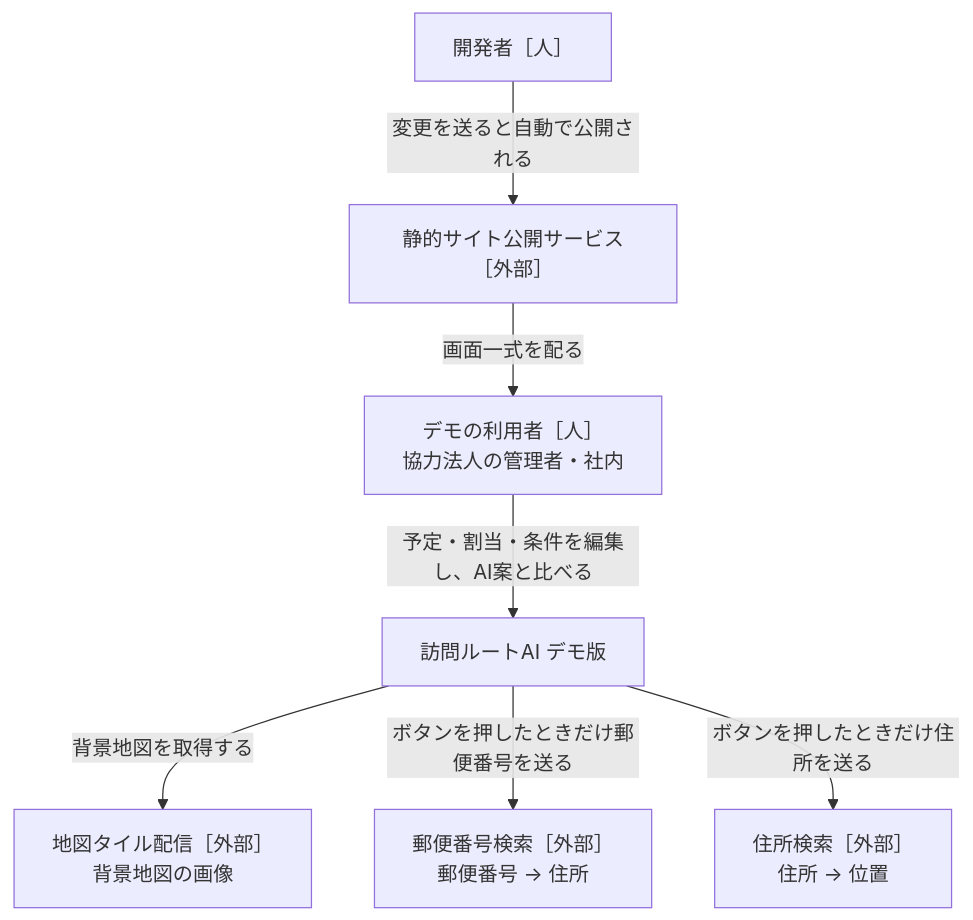
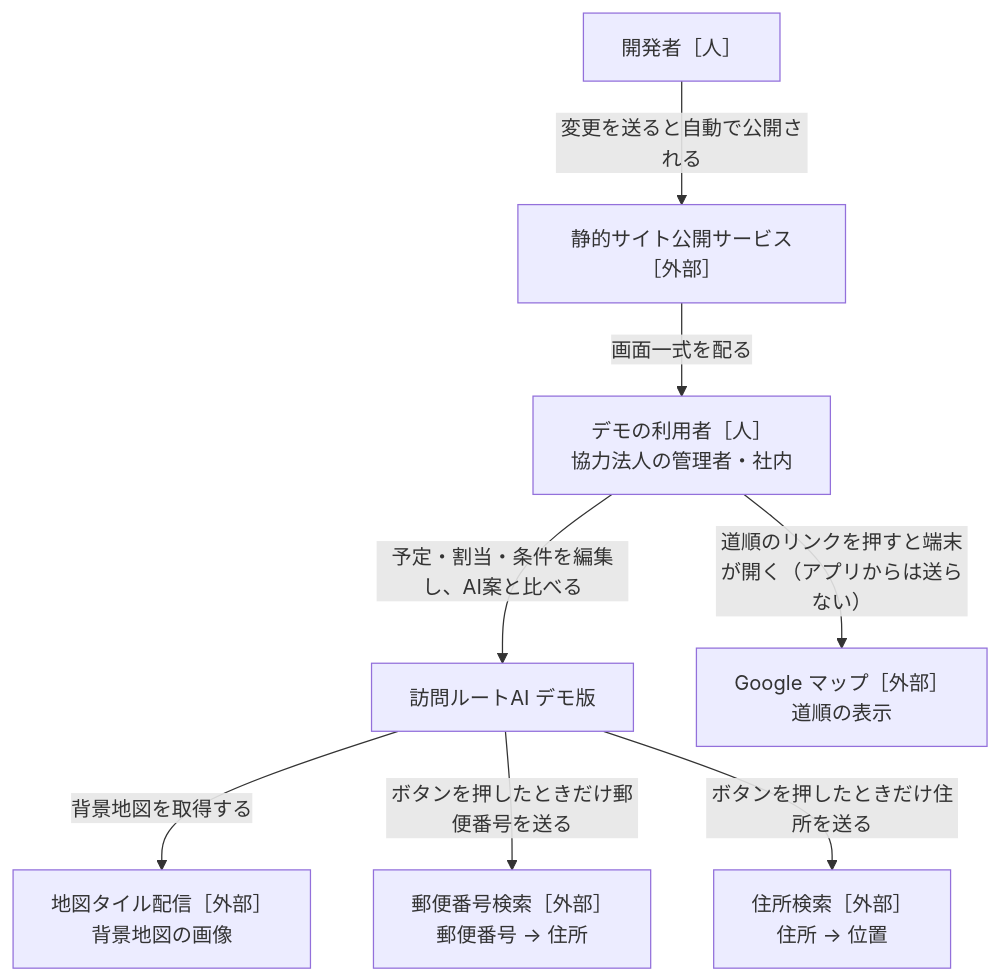
One commit to katahimo-dev/visit-route-demo changed the first of 3 diagrams in docs/design.md. Above: the diagram before and after it, drawn with Mermaid. The commit also changed other lines of this file and 11 other files, not shown here.

````diff
--- a/docs/design.md
+++ b/docs/design.md
@@ -33,16 +33,18 @@
 ```mermaid
 flowchart TB
   user["デモの利用者［人］<br/>協力法人の管理者・社内"]
   dev["開発者［人］"]
   sys["訪問ルートAI デモ版"]
   tiles["地図タイル配信［外部］<br/>背景地図の画像"]
   host["静的サイト公開サービス［外部］"]
   zip["郵便番号検索［外部］<br/>郵便番号 → 住所"]
   geo["住所検索［外部］<br/>住所 → 位置"]
+  gmaps["Google マップ［外部］<br/>道順の表示"]
   user -->|予定・割当・条件を編集し、AI案と比べる| sys
   sys -->|背景地図を取得する| tiles
   sys -->|ボタンを押したときだけ郵便番号を送る| zip
   sys -->|ボタンを押したときだけ住所を送る| geo
+  user -->|道順のリンクを押すと端末が開く（アプリからは送らない）| gmaps
   dev -->|変更を送ると自動で公開される| host
   host -->|画面一式を配る| user
 ```
````
